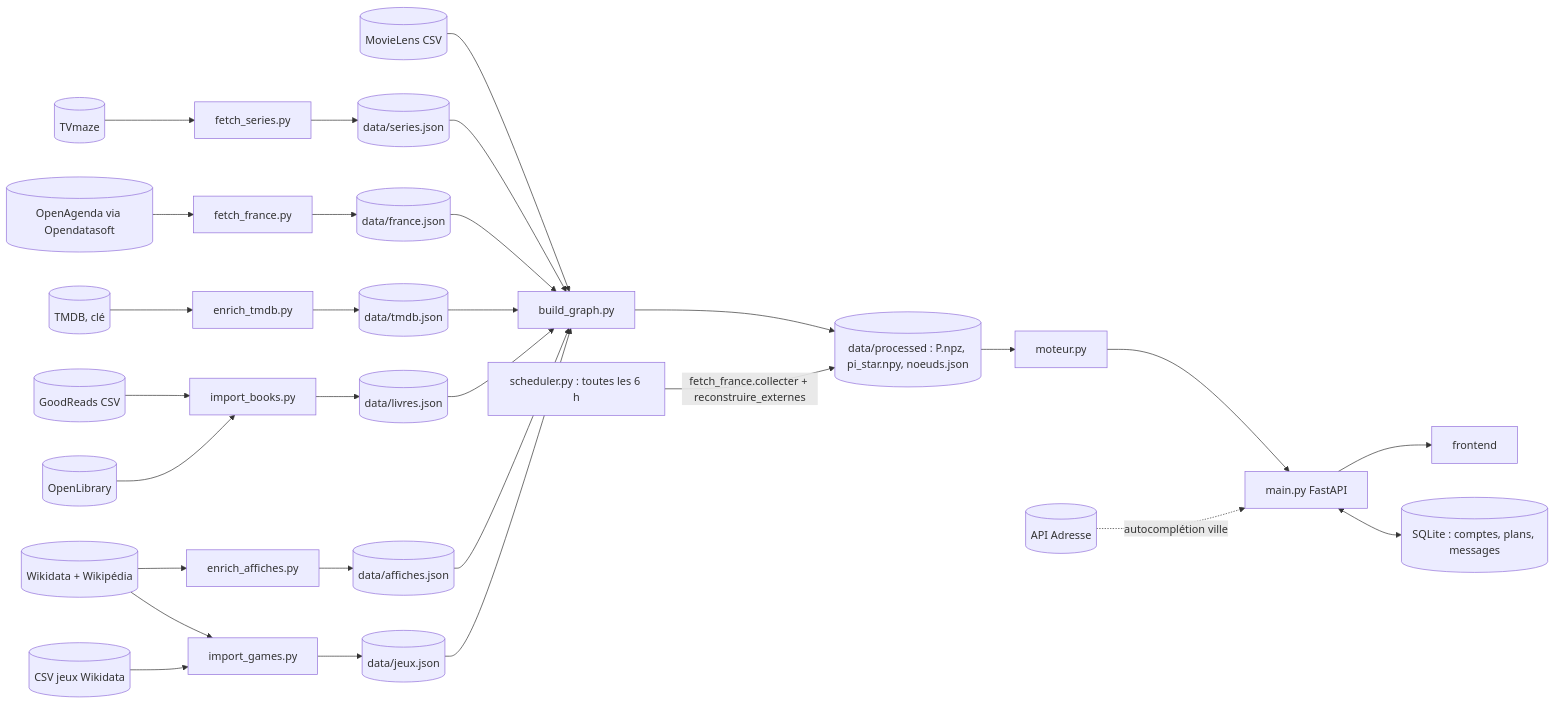
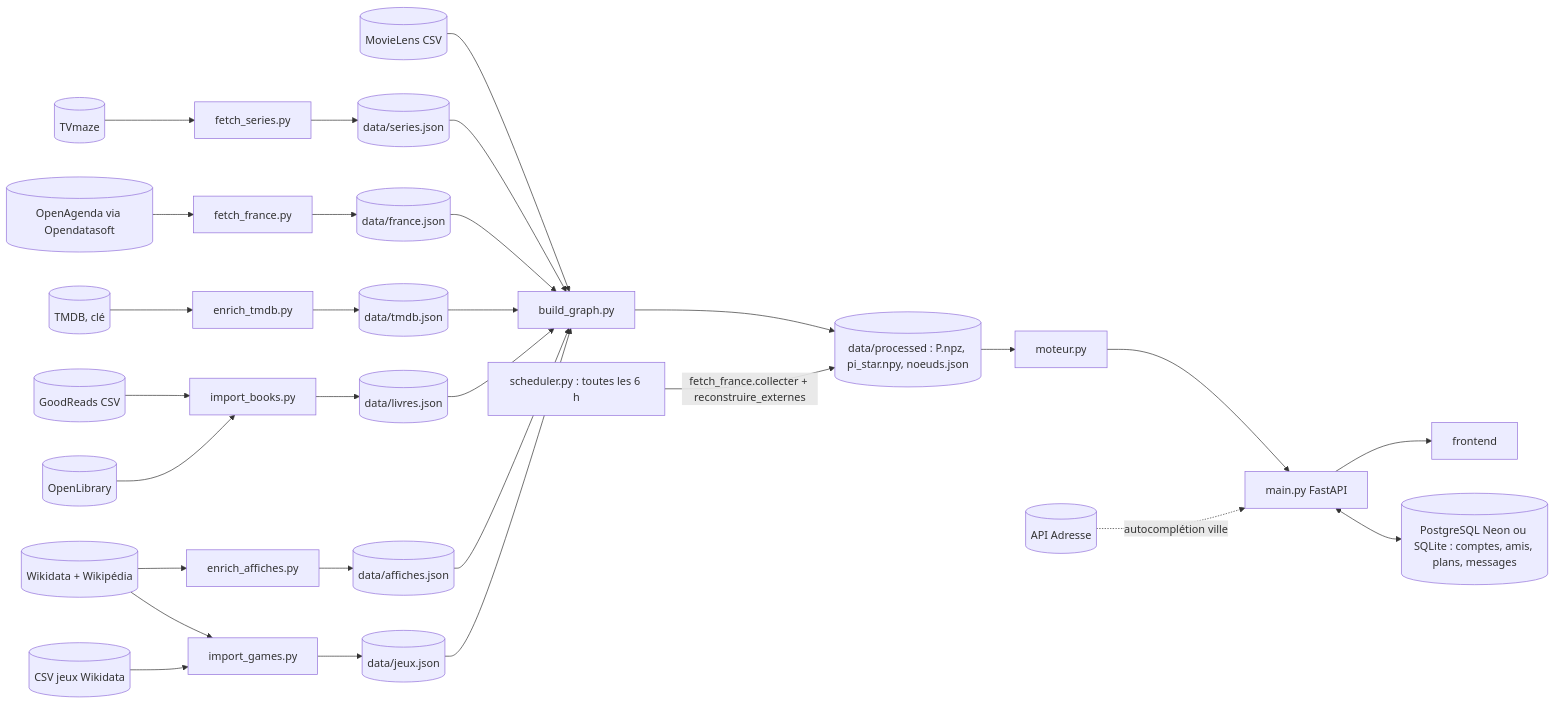
One commit to saadyia/hackathon_ennui changed the diagram in docs/architecture.md. Above: the diagram before and after it, drawn with Mermaid. The commit also changed other lines of this file and 6 other files, not shown here.

First line of the commit message:
PostgreSQL (Neon) via DATABASE_URL, SQLite conservé en local

````diff
--- a/docs/architecture.md
+++ b/docs/architecture.md
@@ -4,17 +4,17 @@
 ```mermaid
 flowchart LR
   ML[(MovieLens CSV)] --> B[build_graph.py]
   TV[(TVmaze)] --> FS[fetch_series.py] --> SJ[(data/series.json)] --> B
   OA[(OpenAgenda via Opendatasoft)] --> FF[fetch_france.py] --> FJ[(data/france.json)] --> B
   TMDB[(TMDB, clé)] --> ET[enrich_tmdb.py] --> TJ[(data/tmdb.json)] --> B
   GR[(GoodReads CSV)] --> IB[import_books.py] --> LJ[(data/livres.json)] --> B
   OL[(OpenLibrary)] --> IB
   WM[(Wikidata + Wikipédia)] --> EA[enrich_affiches.py] --> AJ[(data/affiches.json)] --> B
   VG[(CSV jeux Wikidata)] --> IG[import_games.py] --> JJ[(data/jeux.json)] --> B
   WM --> IG
   B --> D[(data/processed : P.npz, pi_star.npy, noeuds.json)]
   D --> M[moteur.py] --> A[main.py FastAPI] --> F[frontend]
   AD[(API Adresse)] -. autocomplétion ville .-> A
   SC[scheduler.py : toutes les 6 h] -->|fetch_france.collecter + reconstruire_externes| D
-  A <--> DB[(SQLite : comptes, plans, messages)]
+  A <--> DB[(PostgreSQL Neon ou SQLite : comptes, amis, plans, messages)]
 ```
````
